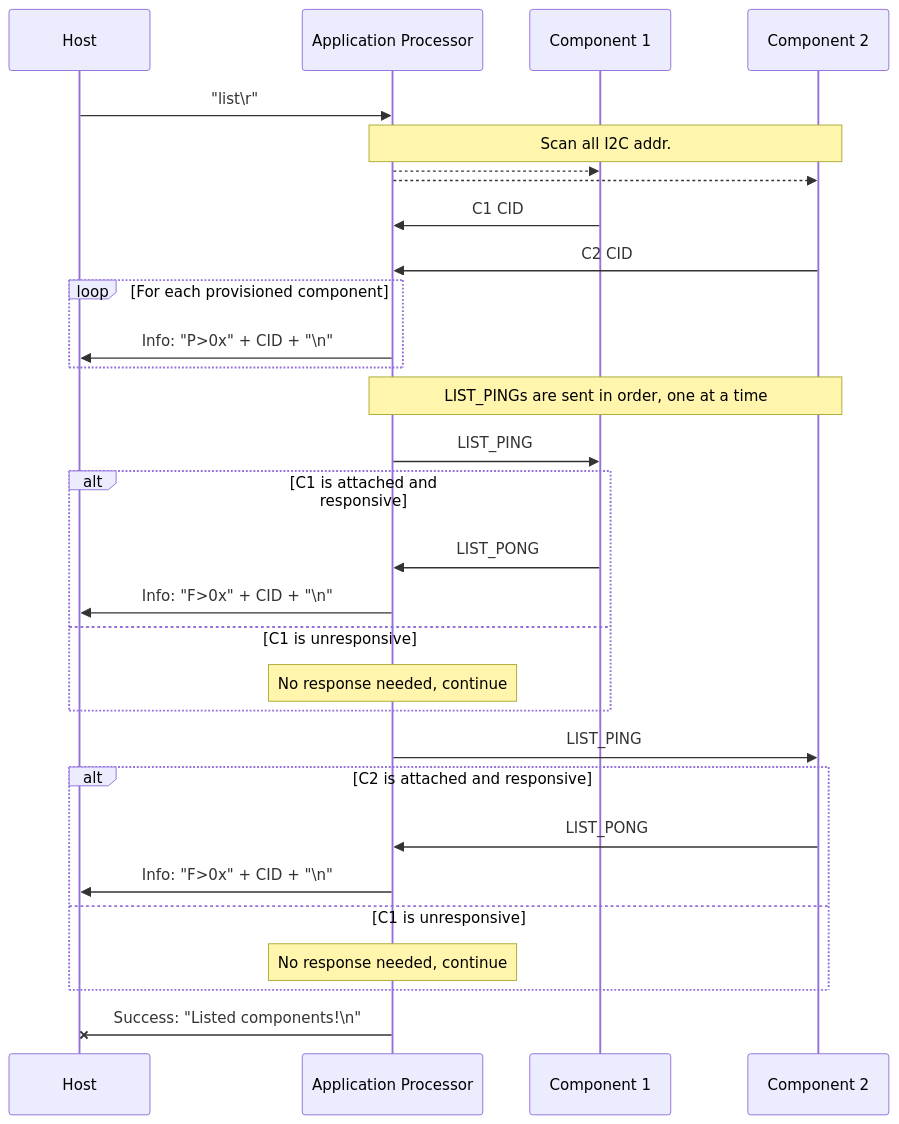
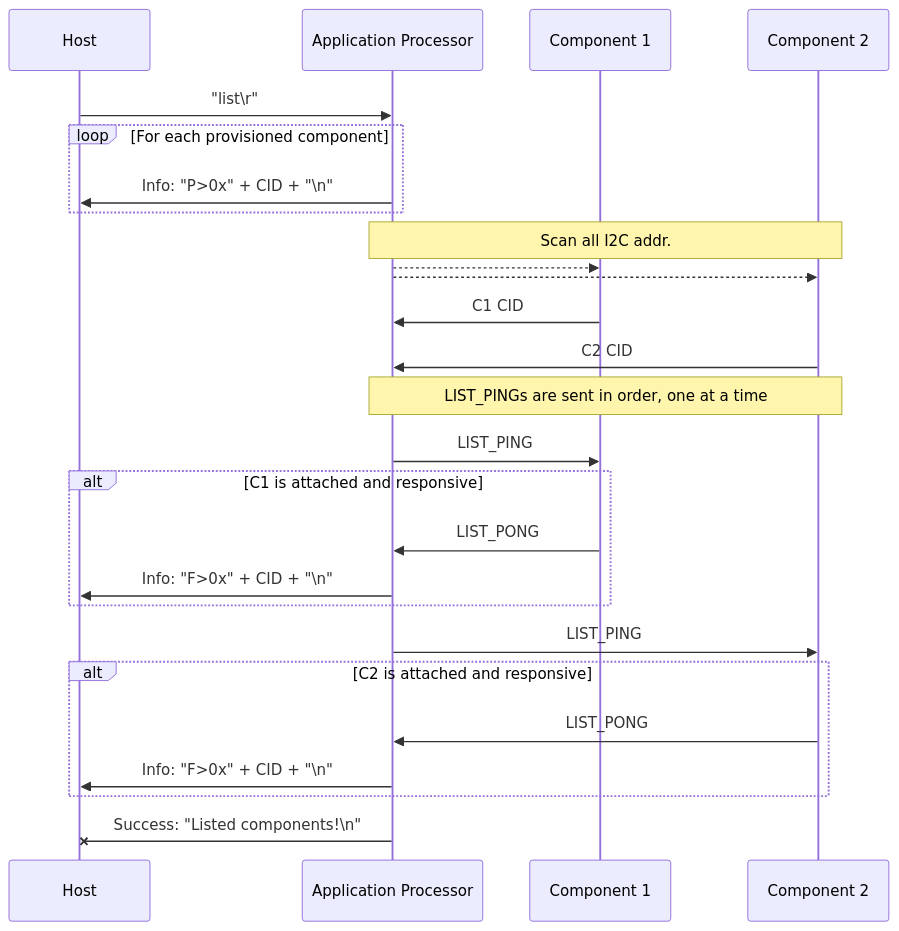
One commit to sigpwny/2024-ectf-uiuc changed the first of 4 diagrams in docs/misc_protocol.md. Above: the diagram before and after it, drawn with Mermaid.

````diff
--- a/docs/misc_protocol.md
+++ b/docs/misc_protocol.md
@@ -14,32 +14,28 @@
 ```mermaid
 sequenceDiagram
   participant H as Host
   participant AP as Application Processor
   participant C1 as Component 1
   participant C2 as Component 2
   H ->> AP: "list\r"
+  loop For each provisioned component
+    AP ->> H: Info: "P>0x" + CID + "\n"
+  end
   Note over AP,C2: Scan all I2C addr.
   AP -->> C1: 
   AP -->> C2: 
   C1 ->> AP: C1 CID
   C2 ->> AP: C2 CID
-  loop For each provisioned component
-    AP ->> H: Info: "P>0x" + CID + "\n"
-  end
   Note over AP, C2: LIST_PINGs are sent in order, one at a time
   AP ->> C1: LIST_PING
   alt C1 is attached and responsive
     C1 ->> AP: LIST_PONG
     AP ->> H: Info: "F>0x" + CID + "\n"
-  else C1 is unresponsive
-    Note over AP: No response needed, continue
   end
   AP ->> C2: LIST_PING
   alt C2 is attached and responsive
     C2 ->> AP: LIST_PONG
     AP ->> H: Info: "F>0x" + CID + "\n"
-  else C1 is unresponsive
-    Note over AP: No response needed, continue
   end
   AP -x H: Success: "Listed components!\n"
 ```
````
